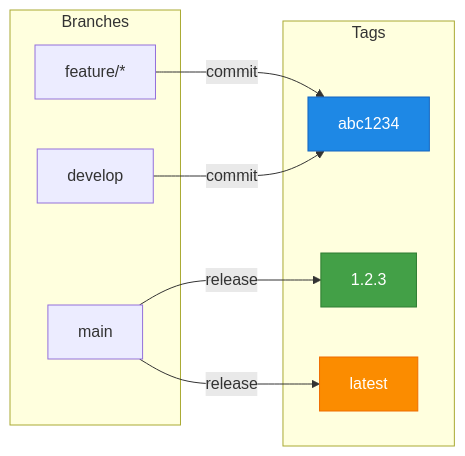
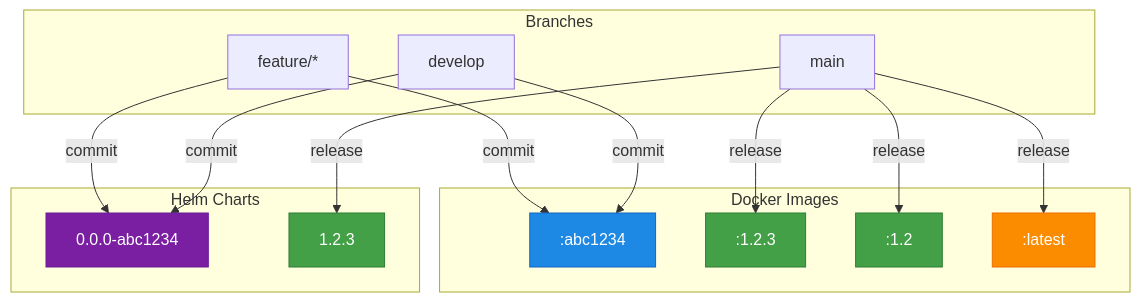
Before and after one commit to slauger/container-gitops-pipeline: the diagram in README.md, drawn with Mermaid. The commit also changed other lines of this file, not shown here.

Commit message:
docs: simplify README with separate quick starts for Docker and Helm

````diff
--- a/README.md
+++ b/README.md
@@ -16,27 +16,41 @@
 ```mermaid
-flowchart LR
+flowchart TB
     subgraph Branches
         feature["feature/*"]
         develop["develop"]
         main["main"]
     end
 
-    subgraph Tags
-        sha["abc1234"]
-        semver["1.2.3"]
-        latest["latest"]
+    subgraph Docker["Docker Images"]
+        img_sha[":abc1234"]
+        img_semver[":1.2.3"]
+        img_minor[":1.2"]
+        img_latest[":latest"]
     end
 
-    feature -->|"commit"| sha
-    develop -->|"commit"| sha
-    main -->|"release"| semver
-    main -->|"release"| latest
+    subgraph Helm["Helm Charts"]
+        helm_pre["0.0.0-abc1234"]
+        helm_semver["1.2.3"]
+    end
+
+    feature -->|"commit"| img_sha
+    develop -->|"commit"| img_sha
+    main -->|"release"| img_semver
+    main -->|"release"| img_minor
+    main -->|"release"| img_latest
+
+    feature -->|"commit"| helm_pre
+    develop -->|"commit"| helm_pre
+    main -->|"release"| helm_semver
 
     classDef shaStyle fill:#1e88e5,stroke:#1565c0,color:#fff
     classDef semverStyle fill:#43a047,stroke:#2e7d32,color:#fff
     classDef latestStyle fill:#fb8c00,stroke:#ef6c00,color:#fff
+    classDef preStyle fill:#7b1fa2,stroke:#6a1b9a,color:#fff
 
-    class sha shaStyle
-    class semver semverStyle
-    class latest latestStyle
+    class img_sha shaStyle
+    class img_semver,img_minor semverStyle
+    class img_latest latestStyle
+    class helm_pre preStyle
+    class helm_semver semverStyle
 ```
````
